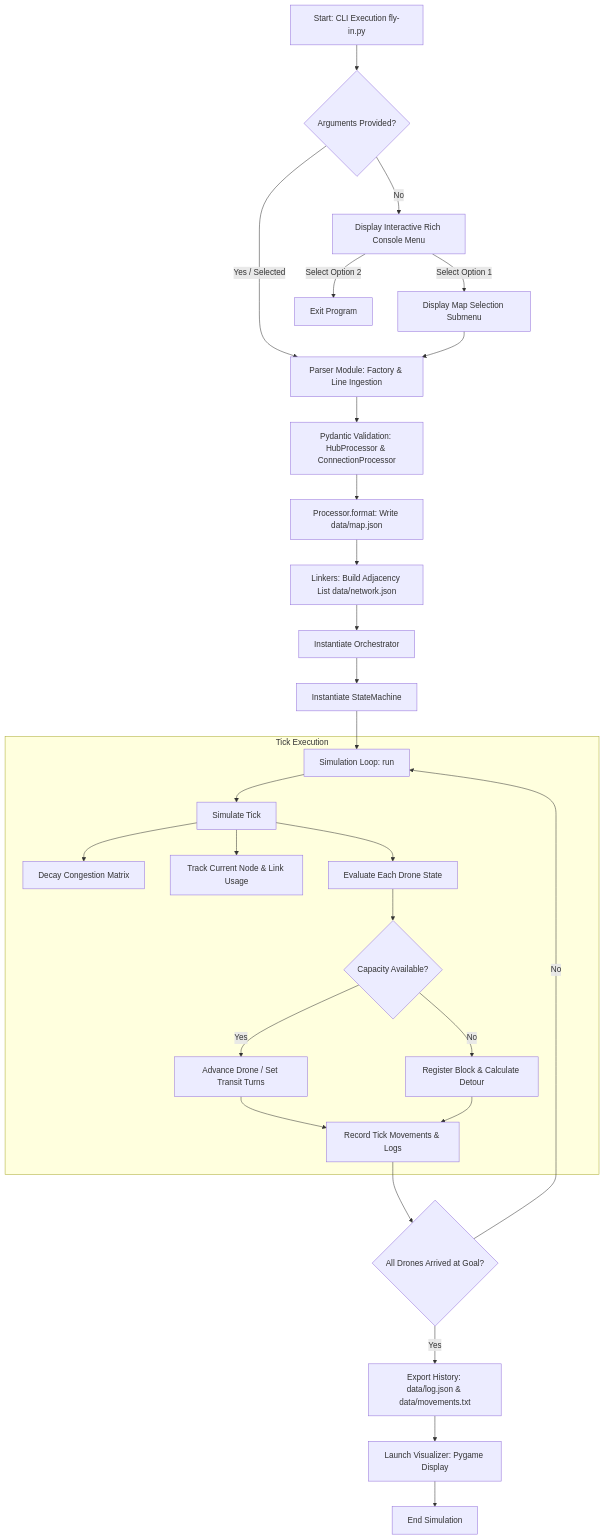
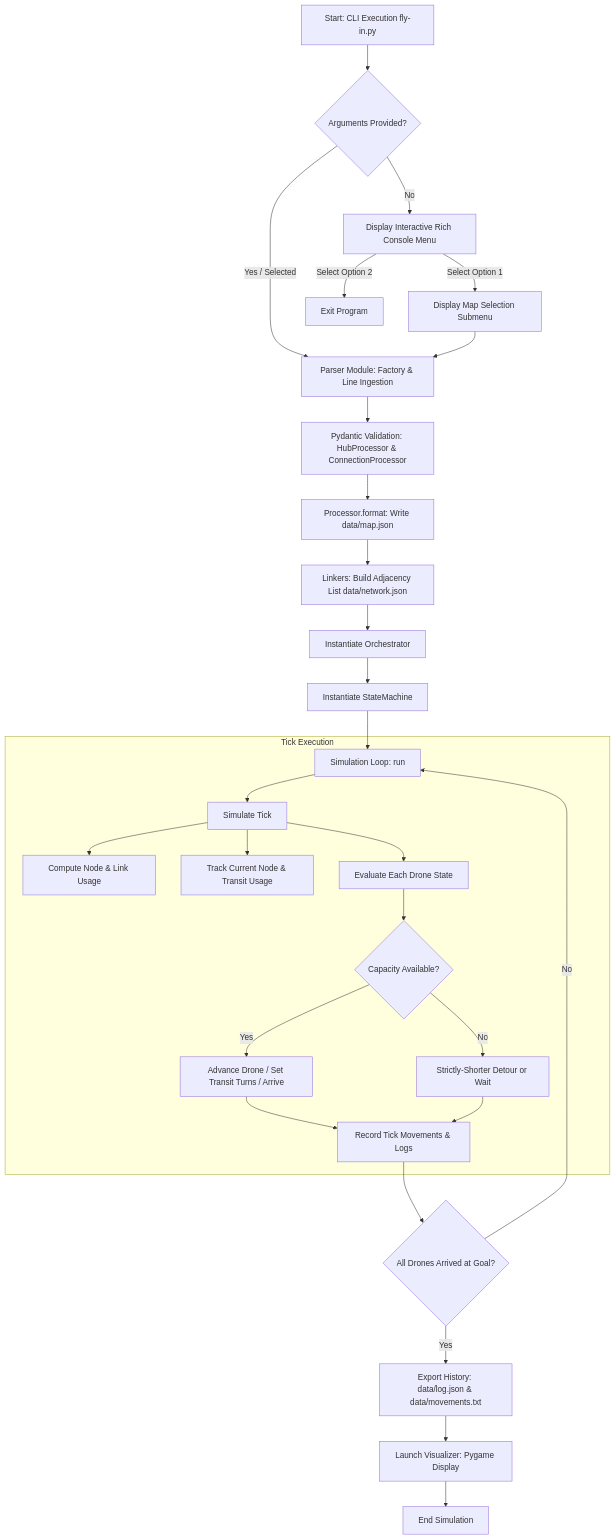
One commit to agalvan-dc/Fly-in changed the first of 2 diagrams in README.md. Above: the diagram before and after it, drawn with Mermaid. The commit also changed other lines of this file and 7 other files, not shown here.

````diff
--- a/README.md
+++ b/README.md
@@ -135,38 +131,38 @@
 ```mermaid
 flowchart TD
     A[Start: CLI Execution fly-in.py] --> B{Arguments Provided?}
     B -- No --> C[Display Interactive Rich Console Menu]
     B -- Yes / Selected --> D[Parser Module: Factory & Line Ingestion]
     
     C -->|Select Option 1| E[Display Map Selection Submenu]
     E --> D
     C -->|Select Option 2| Z[Exit Program]
     
     D --> F[Pydantic Validation: HubProcessor & ConnectionProcessor]
     F --> G[Processor.format: Write data/map.json]
     G --> H[Linkers: Build Adjacency List data/network.json]
     
     H --> I[Instantiate Orchestrator]
     I --> J[Instantiate StateMachine]
     
     J --> K[Simulation Loop: run]
     
     subgraph Tick Execution
         K --> L[Simulate Tick]
-        L --> M[Decay Congestion Matrix]
-        L --> N[Track Current Node & Link Usage]
+        L --> M[Compute Node & Link Usage]
+        L --> N[Track Current Node & Transit Usage]
         L --> O[Evaluate Each Drone State]
         O --> P{Capacity Available?}
-        P -- Yes --> Q[Advance Drone / Set Transit Turns]
-        P -- No --> R[Register Block & Calculate Detour]
+        P -- Yes --> Q[Advance Drone / Set Transit Turns / Arrive]
+        P -- No --> R[Strictly-Shorter Detour or Wait]
         Q & R --> S[Record Tick Movements & Logs]
     end
     
     S --> T{All Drones Arrived at Goal?}
     T -- No --> K
     T -- Yes --> U[Export History: data/log.json & data/movements.txt]
     
     U --> V[Launch Visualizer: Pygame Display]
     V --> W[End Simulation]
 
 ```
````
